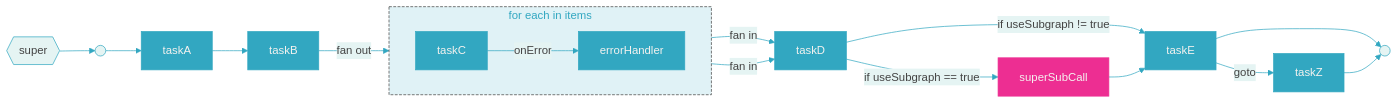
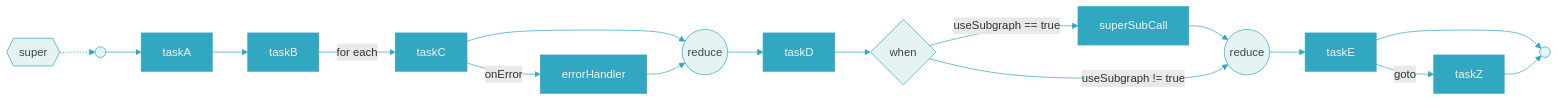
One commit to bhardwajRahul/fabric changed the diagram in verify/superflow/SUPER.mmd. Above: the diagram before and after it, drawn with Mermaid. The commit also changed 377 other files, not shown here.

```diff
--- a/verify/superflow/SUPER.mmd
+++ b/verify/superflow/SUPER.mmd
@@ -1,31 +1,33 @@
-%%{init: {'themeVariables': {'lineColor': '#32a7c1', 'edgeLabelBackground': '#e5f4f3', 'textColor': '#434343', 'titleColor': '#32a7c1', 'clusterTextColor': '#32a7c1'}}}%%
 graph LR
     classDef task fill:#32a7c1,color:#f4f2ef,stroke:#32a7c1
-    classDef sub fill:#ed2e92,color:#f4f2ef,stroke:#ed2e92
     classDef term fill:#e5f4f3,color:#434343,stroke:#32a7c1
+    classDef note fill:none,stroke:none,color:#32a7c1,font-size:0.8em
+    linkStyle default stroke:#32a7c1
 
-    _title{{"super"}}:::term --> _start
-    _start(( )):::term --> t0
+    _title{{"super"}}:::term -.-> _start
     t0["taskA"]:::task
     t1["taskB"]:::task
+    t2["taskC"]:::task
     t3["taskD"]:::task
+    t3_reduce(("reduce")):::term
+    t3_reduce --> t3
+    t3_when{"when"}:::term
     t4["taskE"]:::task
+    t4_reduce(("reduce")):::term
+    t4_reduce --> t4
     t5["taskZ"]:::task
-    t7["superSubCall"]:::sub
-    subgraph fo_t1 ["for each in items"]
-        direction LR
-        t2["taskC"]:::task
-        t6["errorHandler"]:::task
-    end
+    t6["errorHandler"]:::task
+    t7["superSubCall"]:::task
     t0 --> t1
-    t1 -->|"fan out"| t2
-    t2 -->|"fan in"| t3
+    t1 -->|"for each"| t2
+    t2 --> t3_reduce
     t2 -->|"onError"| t6
-    t6 -->|"fan in"| t3
-    t3 -->|"if useSubgraph == true"| t7
-    t3 -->|"if useSubgraph != true"| t4
-    t7 --> t4
+    t6 --> t3_reduce
+    t7 --> t4_reduce
     t4 -->|"goto"| t5
+    t3 --> t3_when
+    t3_when -->|"useSubgraph == true"| t7
+    t3_when -->|"useSubgraph != true"| t4_reduce
+    _start(( )):::term --> t0
     t4 --> _end(( )):::term
     t5 --> _end(( )):::term
-    style fo_t1 fill:#32a7c1,fill-opacity:0.15,stroke:#434343,stroke-dasharray:4 2
```
